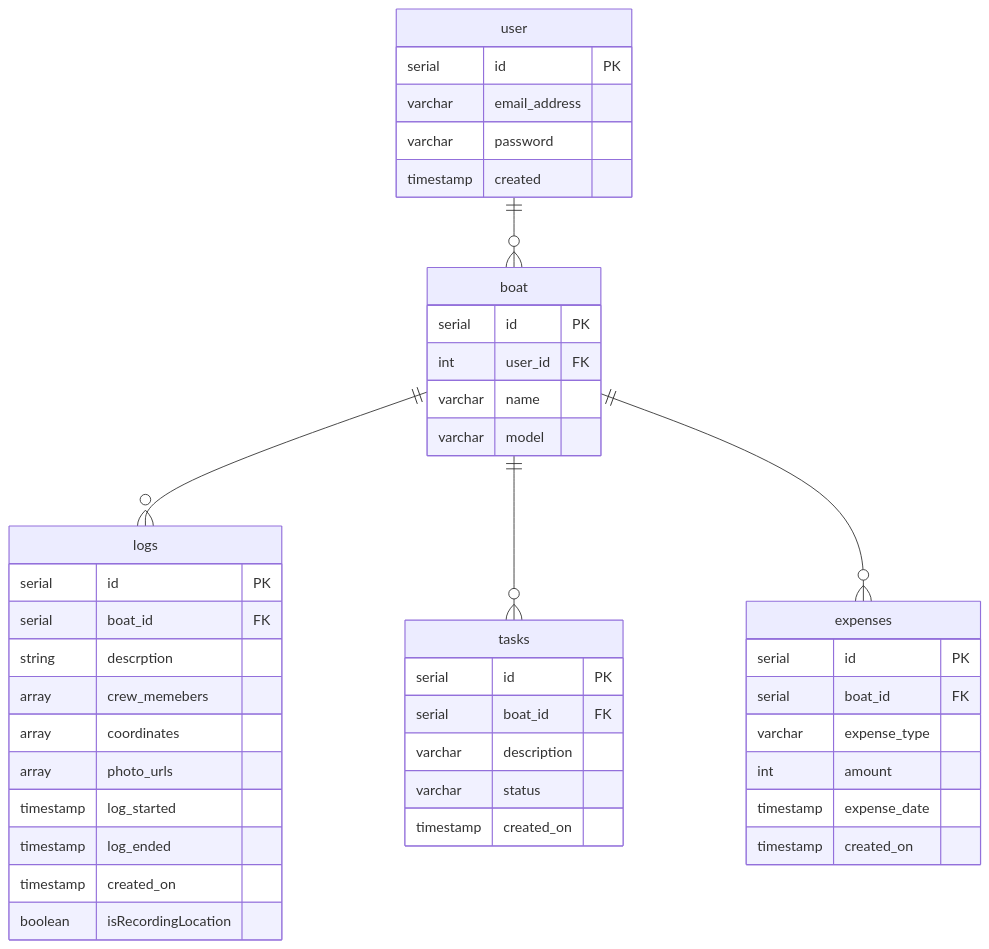
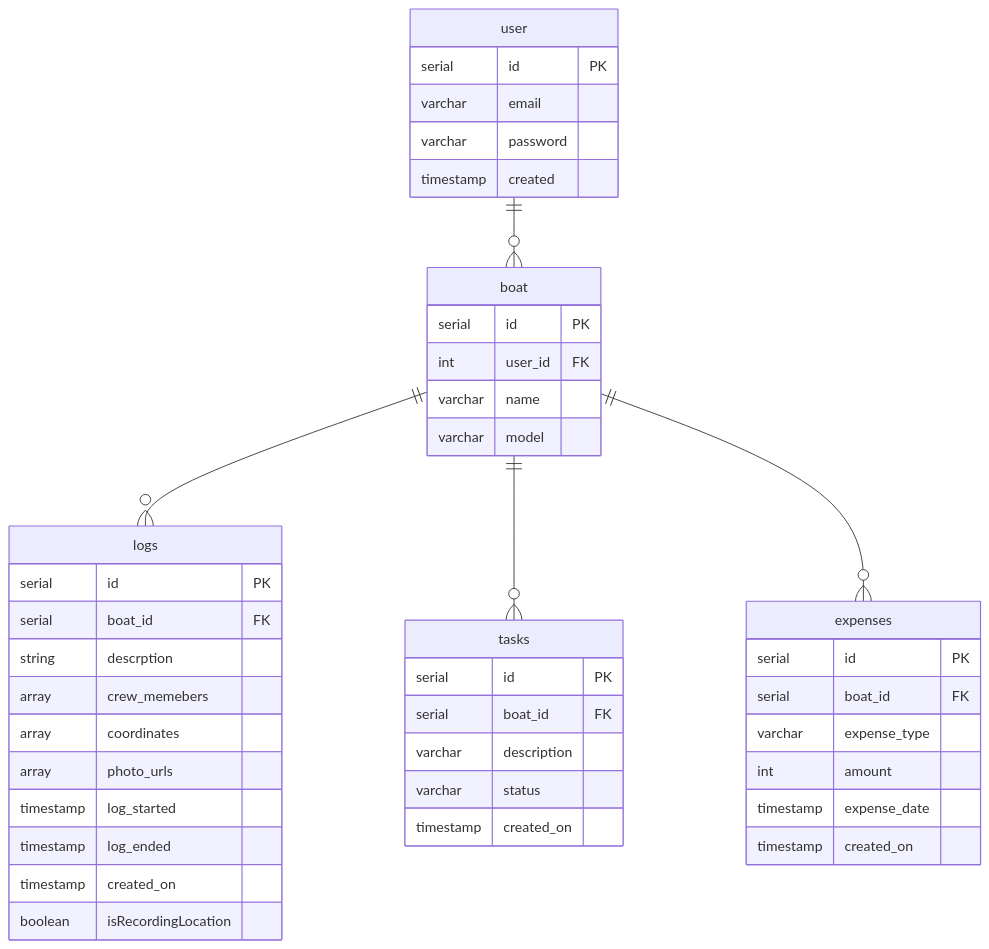
One commit to conorwaltersUno/BoatOwner changed the second of 2 diagrams in README.md. Above: the diagram before and after it, drawn with Mermaid. The commit also changed other lines of this file and 3 other files, not shown here.

````diff
--- a/README.md
+++ b/README.md
@@ -29,51 +29,51 @@
 ```mermaid
 erDiagram
     user ||--o{ boat : ""
     boat ||--o{ logs : ""
     boat ||--o{ tasks : ""
     boat ||--o{ expenses : ""
 
  user {
     serial id PK
-    varchar email_address
+    varchar email
     varchar password
     timestamp created
 }
  boat {
     serial id PK
     int user_id FK
     varchar name
     varchar model
 }
 
 logs {
     serial id PK
     serial boat_id FK
     string descrption
     array crew_memebers
     array coordinates
     array photo_urls
     timestamp log_started
     timestamp log_ended
     timestamp created_on
     boolean isRecordingLocation
 }
 
 tasks {
     serial id PK
     serial boat_id FK
     varchar description
     varchar status
     timestamp created_on
 }
 
 expenses {
     serial id PK
     serial boat_id FK
     varchar expense_type
     int amount
     timestamp expense_date
     timestamp created_on
 }
 
 ```
````
